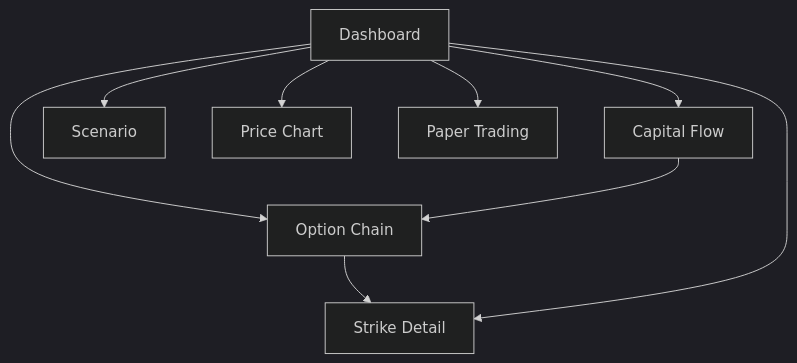
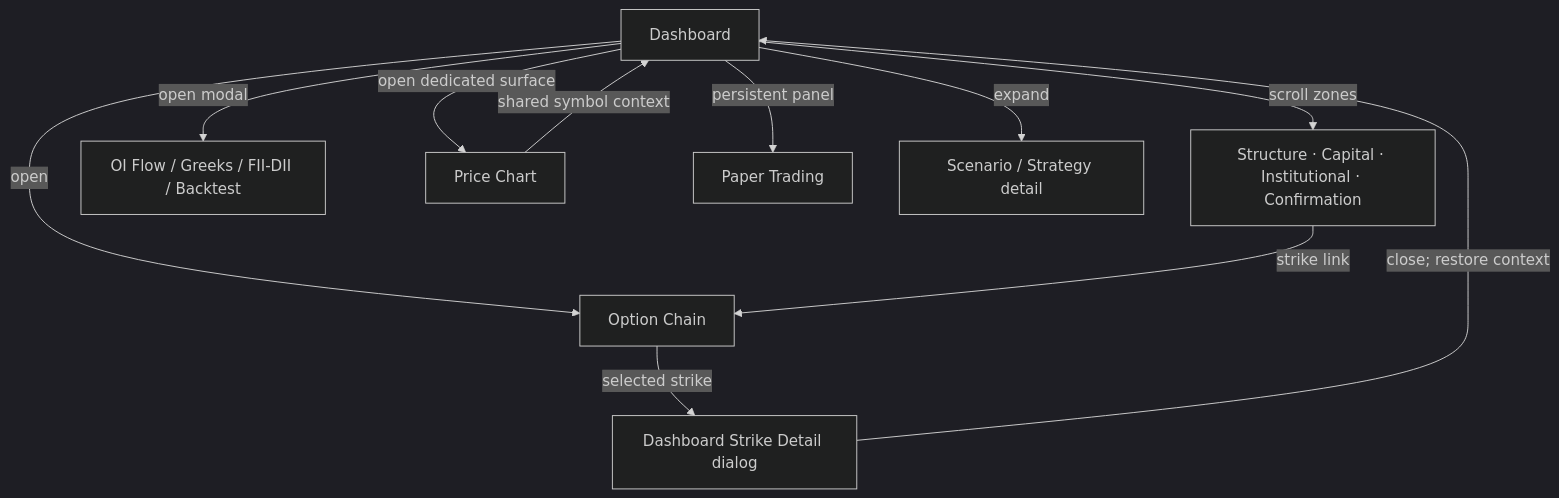
One commit to adarahman/mTerminals changed the diagram in docs/06_Diagrams/Navigation.md. Above: the diagram before and after it, drawn with Mermaid (dark theme). The commit also changed other lines of this file and 12 other files, not shown here.

Commit message:
Complete architecture diagrams

````diff
--- a/docs/06_Diagrams/Navigation.md
+++ b/docs/06_Diagrams/Navigation.md
@@ -10,11 +6,13 @@
 ```mermaid
-graph TD
-  DB[Dashboard] --> OC[Option Chain]
-  DB --> CF[Capital Flow]
-  DB --> SC[Scenario]
-  DB --> PC[Price Chart]
-  DB --> PT[Paper Trading]
-  OC --> SD[Strike Detail]
-  CF --> OC
-  DB --> SD
+flowchart TD
+  DB["Dashboard"] -->|"scroll zones"| EVIDENCE["Structure · Capital · Institutional · Confirmation"]
+  DB -->|"open"| OC["Option Chain"]
+  DB -->|"open modal"| OI["OI Flow / Greeks / FII-DII / Backtest"]
+  DB -->|"open dedicated surface"| PC["Price Chart"]
+  DB -->|"persistent panel"| PT["Paper Trading"]
+  DB -->|"expand"| SC["Scenario / Strategy detail"]
+  OC -->|"selected strike"| SD["Dashboard Strike Detail dialog"]
+  SD -->|"close; restore context"| DB
+  EVIDENCE -->|"strike link"| OC
+  PC -->|"shared symbol context"| DB
 ```
````
